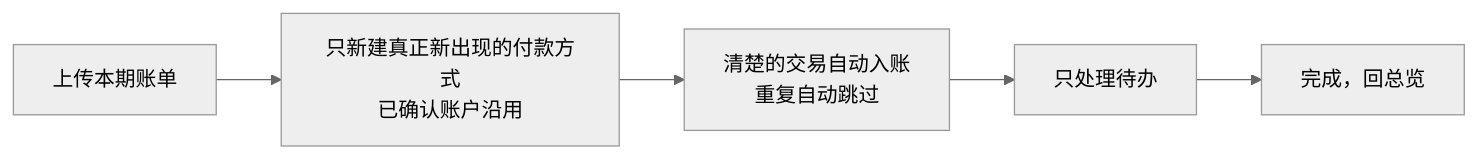
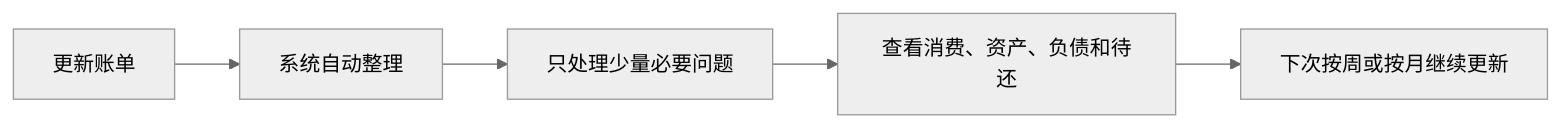
The first of 2 diagrams in docs/个人财务用户需求.md (gaohongxiang/catledger), drawn with Mermaid (neutral theme) before and after one commit. The commit also changed other lines of this file and 2 other files, not shown here.

```diff
--- a/docs/个人财务用户需求.md
+++ b/docs/个人财务用户需求.md
@@ -65,7 +61,7 @@
 ~~~mermaid
 flowchart LR
-    A["上传本期账单"] --> B["只新建真正新出现的付款方式<br/>已确认账户沿用"]
-    B --> C["清楚的交易自动入账<br/>重复自动跳过"]
-    C --> D["只处理待办"]
-    D --> E["完成，回总览"]
+    A[更新账单] --> B[系统自动整理]
+    B --> C[只处理少量必要问题]
+    C --> D[查看消费、资产、负债和待还]
+    D --> E[下次按周或按月继续更新]
 ~~~
```
